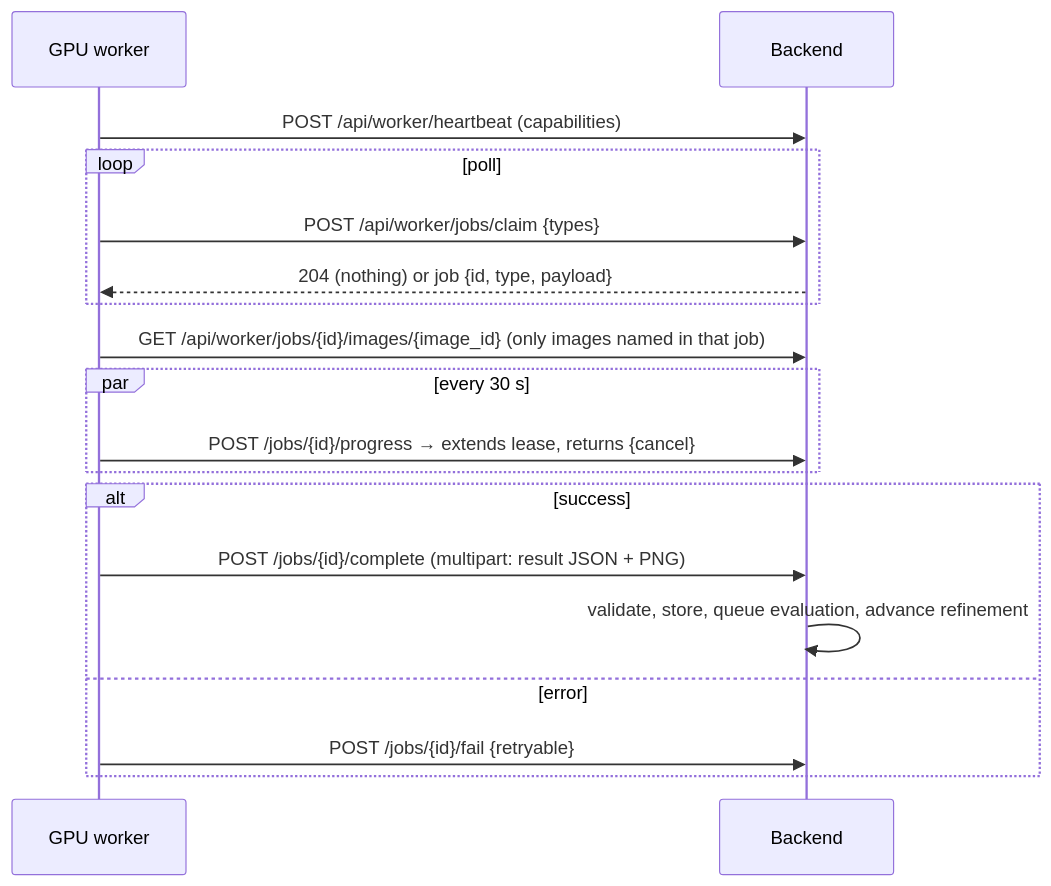
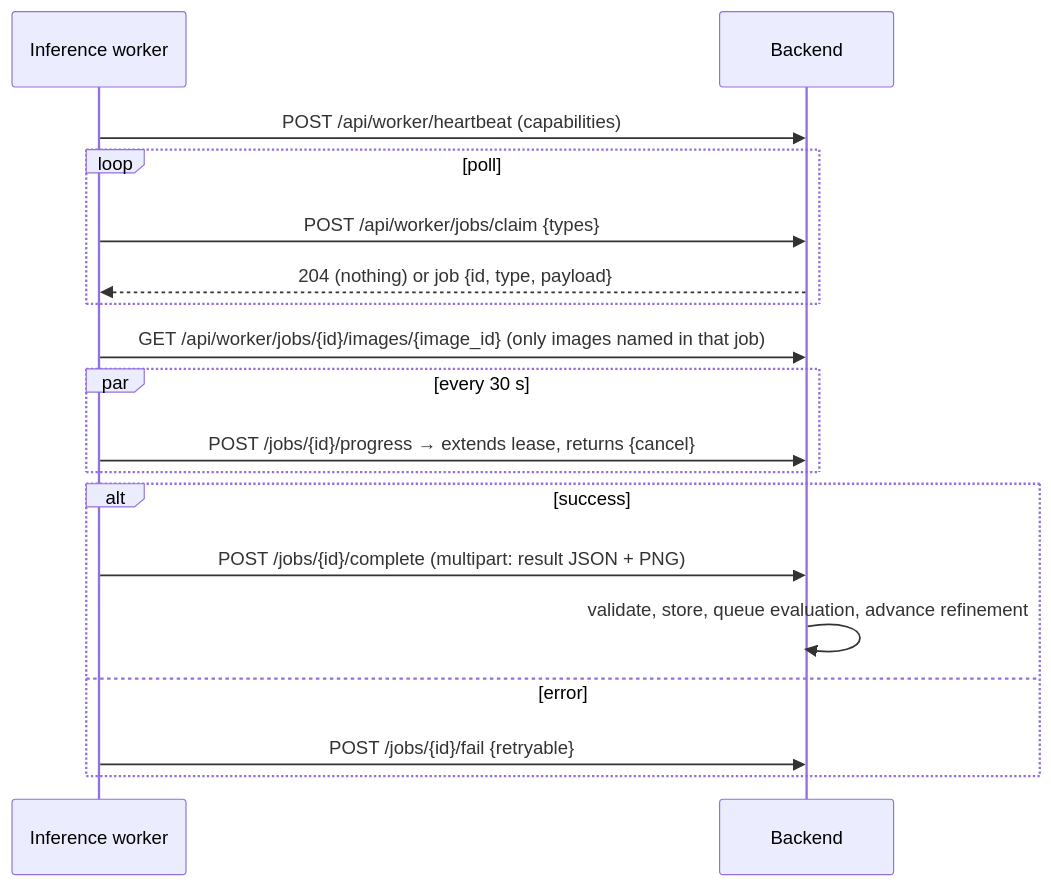
The second of 2 diagrams in docs/ARCHITECTURE.md (Greninja44/PE), drawn with Mermaid before and after one commit. The commit also changed other lines of this file and 2 other files, not shown here.

First line of the commit message:
Docs: Apple Silicon setup, measured performance and memory, updated README and architecture

````diff
--- a/docs/ARCHITECTURE.md
+++ b/docs/ARCHITECTURE.md
@@ -58,20 +63,20 @@
 ```mermaid
 sequenceDiagram
-  participant W as GPU worker
+  participant W as Inference worker
   participant B as Backend
   W->>B: POST /api/worker/heartbeat (capabilities)
   loop poll
     W->>B: POST /api/worker/jobs/claim {types}
     B-->>W: 204 (nothing) or job {id, type, payload}
   end
   W->>B: GET /api/worker/jobs/{id}/images/{image_id}   (only images named in that job)
   par every 30 s
     W->>B: POST /jobs/{id}/progress  → extends lease, returns {cancel}
   end
   alt success
     W->>B: POST /jobs/{id}/complete  (multipart: result JSON + PNG)
     B->>B: validate, store, queue evaluation, advance refinement
   else error
     W->>B: POST /jobs/{id}/fail {retryable}
   end
 ```
````
